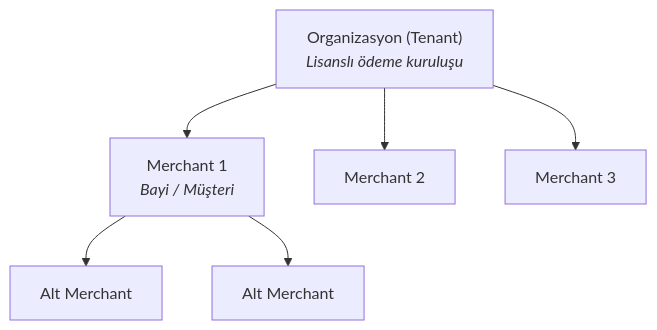
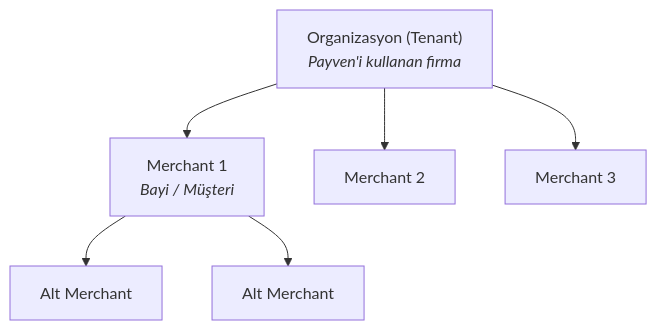
The second of 3 diagrams in documentation/architecture.mdx (payment-pos/mintlify), drawn with Mermaid before and after one commit. The commit also changed other lines of this file and 1 other file, not shown here.

First line of the commit message:
docs(architecture, account-model): Tenant lisans zorunluluğu kaldırıldı, gereksiz cümle silindi

````diff
--- a/documentation/architecture.mdx
+++ b/documentation/architecture.mdx
@@ -43,15 +43,15 @@
 ```mermaid
 flowchart TB
-    T["Organizasyon (Tenant)<br/><i>Lisanslı ödeme kuruluşu</i>"]
+    T["Organizasyon (Tenant)<br/><i>Payven'i kullanan firma</i>"]
     M1["Merchant 1<br/><i>Bayi / Müşteri</i>"]
     M2["Merchant 2"]
     M3["Merchant 3"]
     SM1["Alt Merchant"]
     SM2["Alt Merchant"]
 
     T --> M1
     T --> M2
     T --> M3
     M1 --> SM1
     M1 --> SM2
 ```
````
